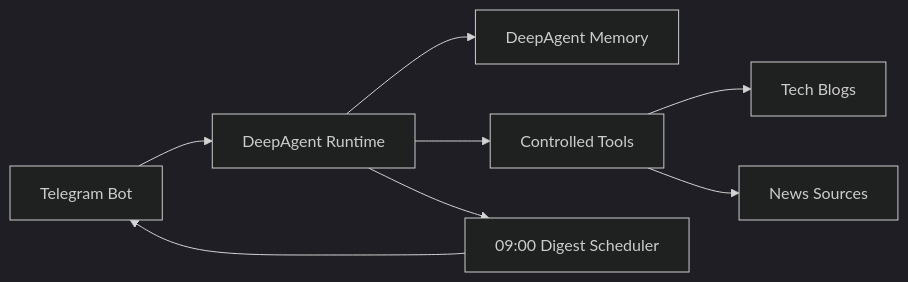
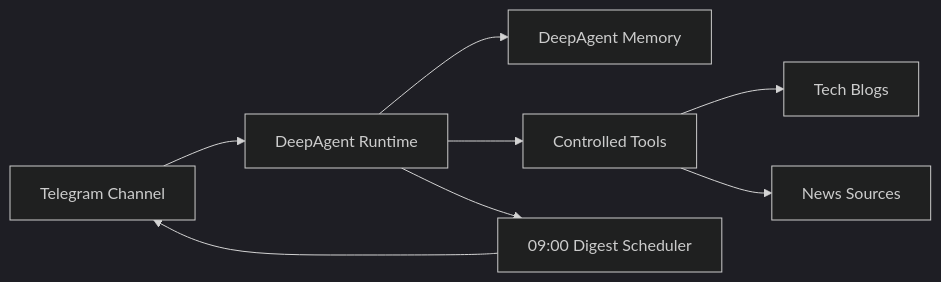
Before and after one commit to yuvenhol/second-brain: the diagram in README.md, drawn with Mermaid (dark theme). The commit also changed other lines of this file, not shown here.

````diff
--- a/README.md
+++ b/README.md
@@ -28,10 +28,10 @@
 ```mermaid
 flowchart LR
-    TG[Telegram Bot] --> RT[DeepAgent Runtime]
+    TG[Telegram Channel] --> RT[DeepAgent Runtime]
     RT --> MEM[DeepAgent Memory]
     RT --> TOOLS[Controlled Tools]
     TOOLS --> BLOGS[Tech Blogs]
     TOOLS --> NEWS[News Sources]
     RT --> DIGEST[09:00 Digest Scheduler]
     DIGEST --> TG
 ```
````
